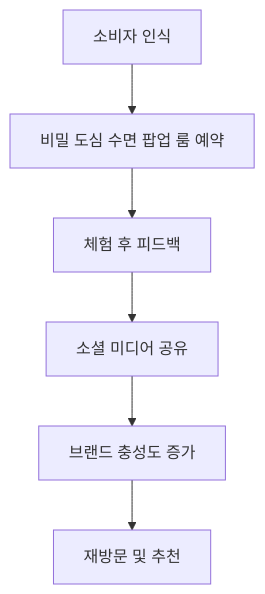
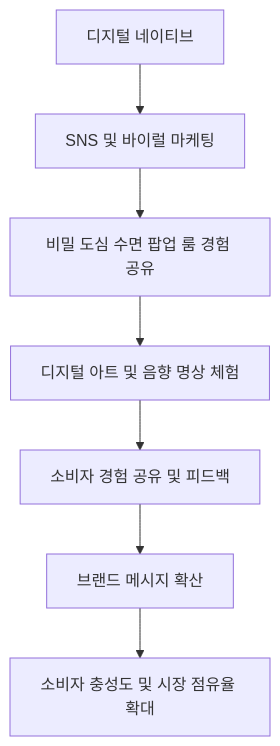
The second of 7 diagrams in reports/칠아웃_하이엔드_스파_메타포_시뮬레이션.md (meandfree23/cd_planner), drawn with Mermaid before and after one commit. The commit also changed other lines of this file and 2 other files, not shown here.

````diff
--- a/reports/칠아웃_하이엔드_스파_메타포_시뮬레이션.md
+++ b/reports/칠아웃_하이엔드_스파_메타포_시뮬레이션.md
@@ -127,8 +113,9 @@
 ```mermaid
-graph TD
-    A[소비자 인식] --> B[비밀 도심 수면 팝업 룸 예약]
-    B --> C[체험 후 피드백]
-    C --> D[소셜 미디어 공유]
-    D --> E[브랜드 충성도 증가]
-    E --> F[재방문 및 추천]
+graph TD;
+    A[디지털 네이티브] --> B[SNS 및 바이럴 마케팅]
+    B --> C[비밀 도심 수면 팝업 룸 경험 공유]
+    C --> D[디지털 아트 및 음향 명상 체험]
+    D --> E[소비자 경험 공유 및 피드백]
+    E --> F[브랜드 메시지 확산]
+    F --> G[소비자 충성도 및 시장 점유율 확대]
 ```
````
